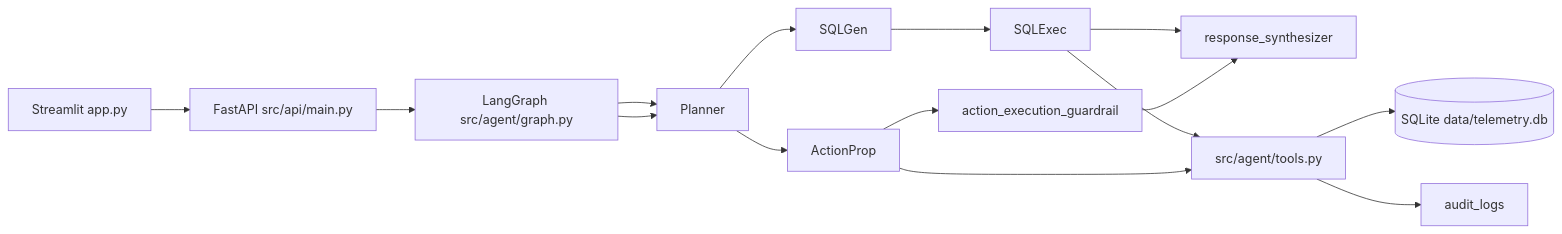
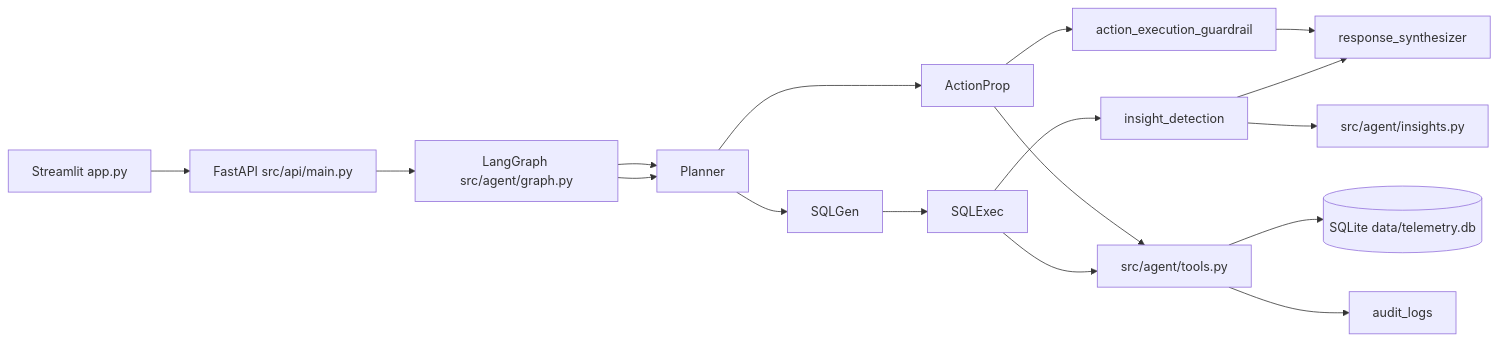
Before and after one commit to rocklessg/agentic-fleet-copilot: the diagram in README.md, drawn with Mermaid. The commit also changed other lines of this file and 7 other files, not shown here.

````diff
--- a/README.md
+++ b/README.md
@@ -17,11 +19,12 @@
 ```mermaid
 flowchart LR
     UI[Streamlit app.py] --> API[FastAPI src/api/main.py]
     API --> Graph[LangGraph src/agent/graph.py]
-    Graph --> Planner --> SQLGen --> SQLExec --> Synth[response_synthesizer]
+    Graph --> Planner --> SQLGen --> SQLExec --> Insights[insight_detection] --> Synth[response_synthesizer]
     Graph --> Planner --> ActionProp --> HITL[action_execution_guardrail] --> Synth
     SQLExec --> Tools[src/agent/tools.py]
+    Insights --> InsightsMod[src/agent/insights.py]
     ActionProp --> Tools
     Tools --> DB[(SQLite data/telemetry.db)]
     Tools --> Audit[audit_logs]
 ```
````
